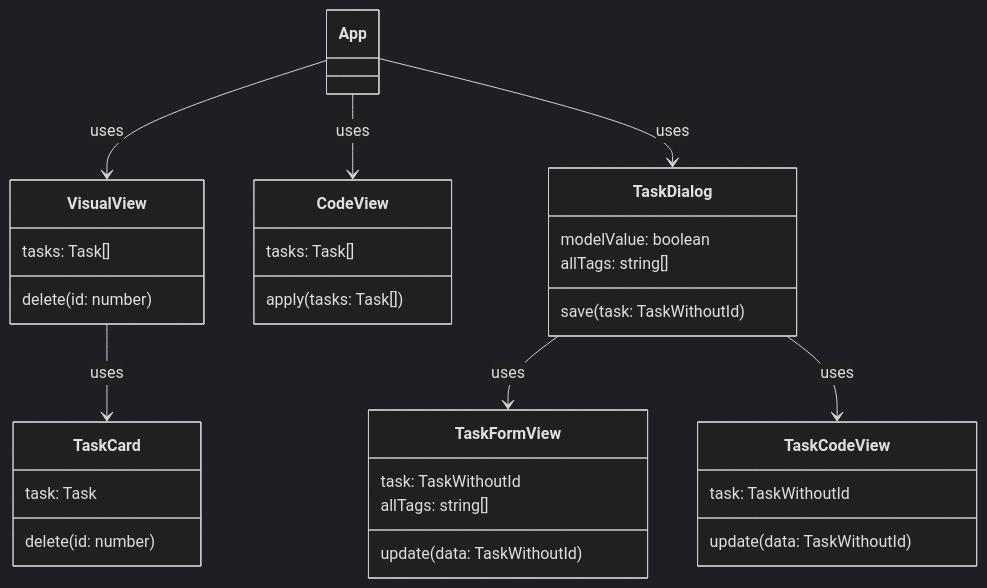
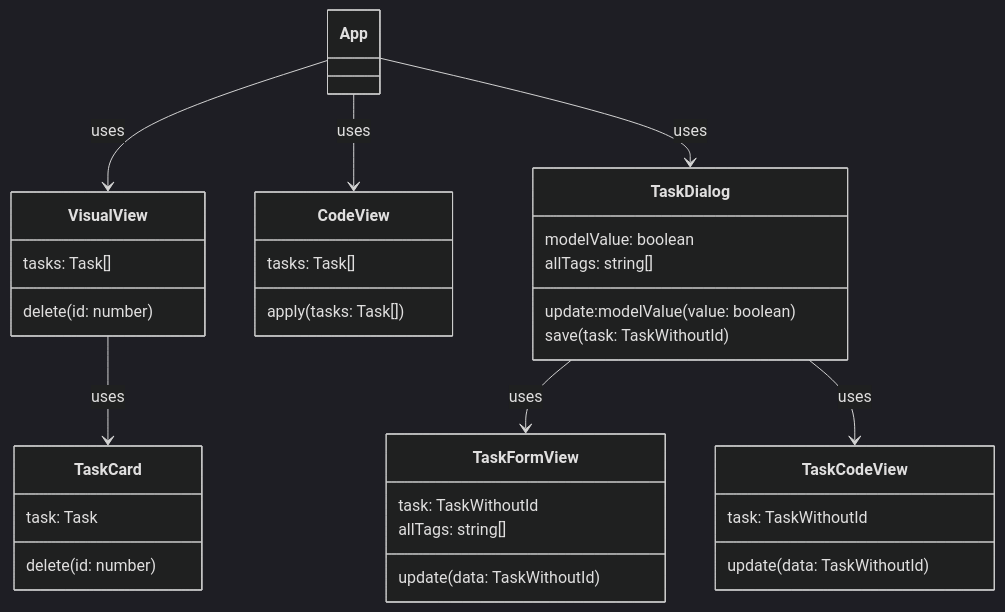
The fourth of 4 diagrams in rgks/01/README.md (luka-mikec/pmf-materijali), drawn with Mermaid (dark theme) before and after one commit. The commit also changed other lines of this file, not shown here.

````diff
--- a/rgks/01/README.md
+++ b/rgks/01/README.md
@@ -1757,45 +1757,46 @@
 ```mermaid
 classDiagram
 direction TB
 
 class App
 
 class VisualView {
     tasks: Task[]
     delete(id: number)
 }
 
 class CodeView {
     tasks: Task[]
     apply(tasks: Task[])
 }
 
 class TaskCard {
     task: Task
     delete(id: number)
 }
 
 class TaskDialog {
     modelValue: boolean
     allTags: string[]
+    update:modelValue(value: boolean)
     save(task: TaskWithoutId)
 }
 
 class TaskFormView {
     task: TaskWithoutId
     allTags: string[]
     update(data: TaskWithoutId)
 }
 
 class TaskCodeView {
     task: TaskWithoutId
     update(data: TaskWithoutId)
 }
 
 App --> VisualView : uses
 App --> CodeView : uses
 App --> TaskDialog : uses
 VisualView --> TaskCard : uses
 TaskDialog --> TaskFormView : uses
 TaskDialog --> TaskCodeView : uses
 ```
````
